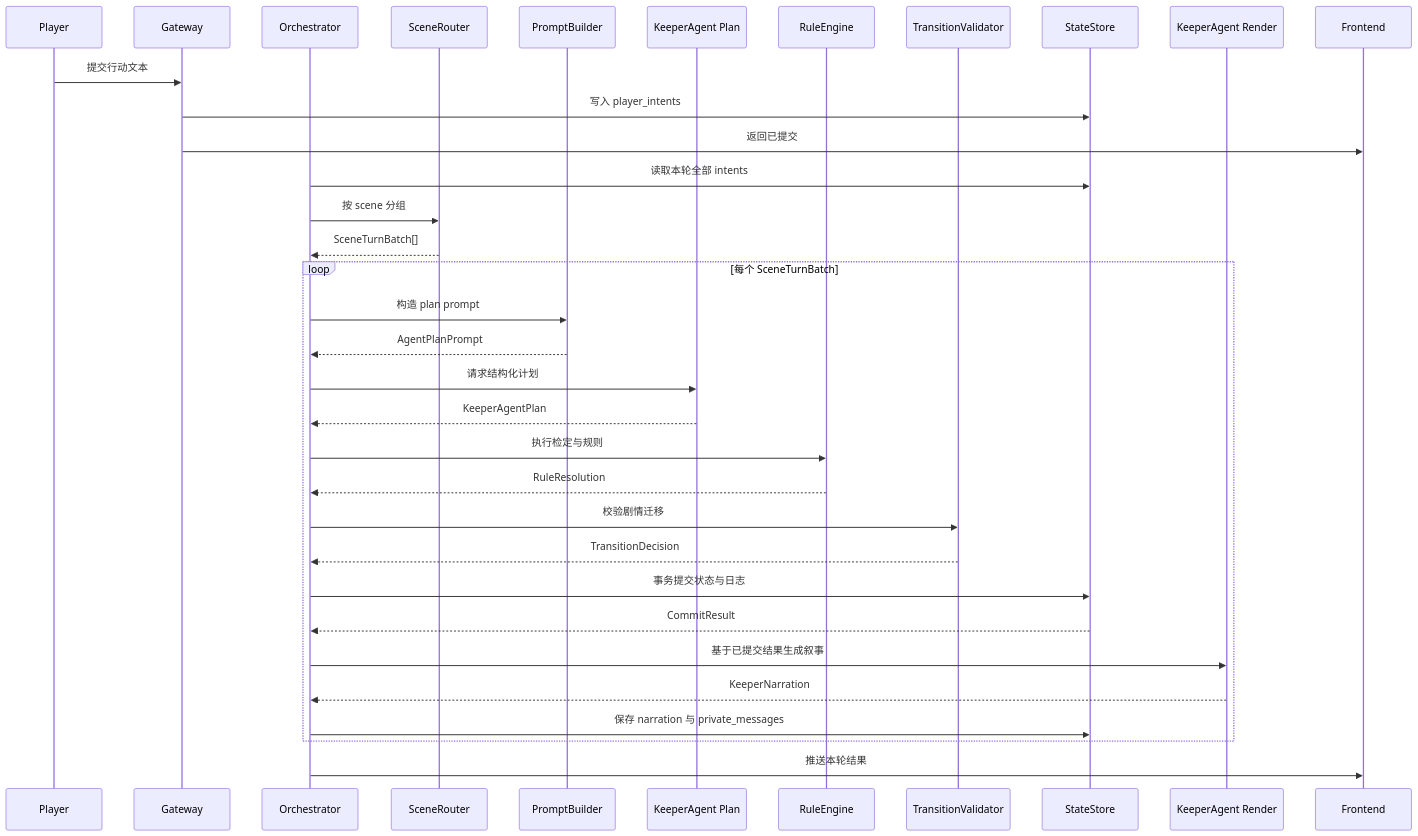
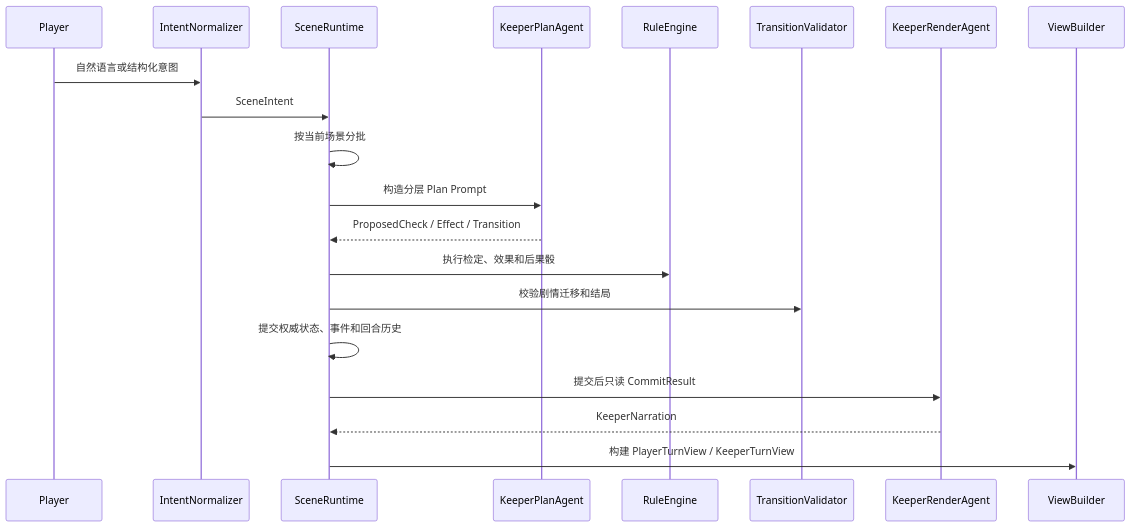
Before and after one commit to united-pooh/FateGear: the diagram in README.md, drawn with Mermaid. The commit also changed other lines of this file and 15 other files, not shown here.

````diff
--- a/README.md
+++ b/README.md
@@ -261,45 +253,23 @@
 ```mermaid
 sequenceDiagram
     participant P as Player
-    participant G as Gateway
-    participant O as Orchestrator
-    participant R as SceneRouter
-    participant B as PromptBuilder
-    participant A1 as KeeperAgent Plan
+    participant N as IntentNormalizer
+    participant R as SceneRuntime
+    participant PA as KeeperPlanAgent
     participant E as RuleEngine
     participant V as TransitionValidator
-    participant S as StateStore
-    participant A2 as KeeperAgent Render
-    participant UI as Frontend
+    participant RA as KeeperRenderAgent
+    participant View as ViewBuilder
 
-    P->>G: 提交行动文本
-    G->>S: 写入 player_intents
-    G->>UI: 返回已提交
-
-    O->>S: 读取本轮全部 intents
-    O->>R: 按 scene 分组
-    R-->>O: SceneTurnBatch[]
-
-    loop 每个 SceneTurnBatch
-        O->>B: 构造 plan prompt
-        B-->>O: AgentPlanPrompt
-        O->>A1: 请求结构化计划
-        A1-->>O: KeeperAgentPlan
-
-        O->>E: 执行检定与规则
-        E-->>O: RuleResolution
-
-        O->>V: 校验剧情迁移
-        V-->>O: TransitionDecision
-
-        O->>S: 事务提交状态与日志
-        S-->>O: CommitResult
-
-        O->>A2: 基于已提交结果生成叙事
-        A2-->>O: KeeperNarration
-
-        O->>S: 保存 narration 与 private_messages
-    end
-
-    O->>UI: 推送本轮结果
+    P->>N: 自然语言或结构化意图
+    N->>R: SceneIntent
+    R->>R: 按当前场景分批
+    R->>PA: 构造分层 Plan Prompt
+    PA-->>R: ProposedCheck / Effect / Transition
+    R->>E: 执行检定、效果和后果骰
+    R->>V: 校验剧情迁移和结局
+    R->>R: 提交权威状态、事件和回合历史
+    R->>RA: 提交后只读 CommitResult
+    RA-->>R: KeeperNarration
+    R->>View: 构建 PlayerTurnView / KeeperTurnView
 ```
````
